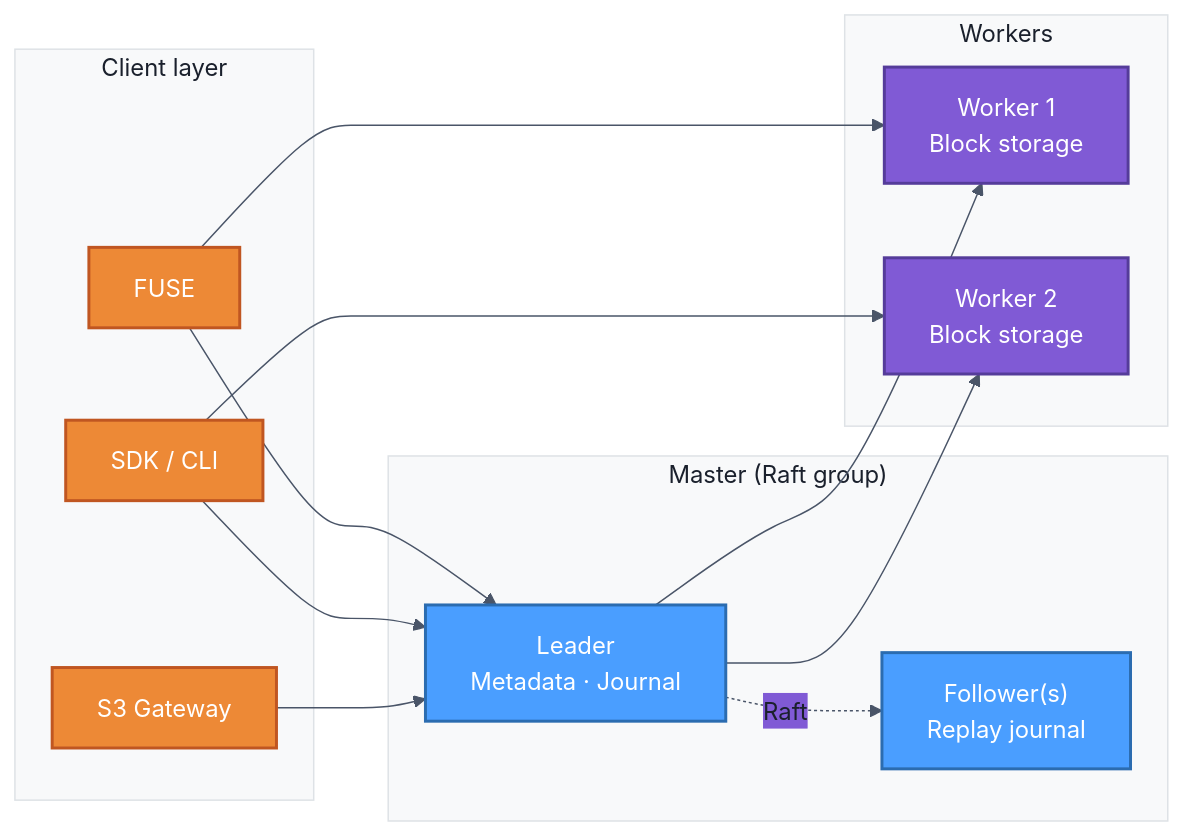
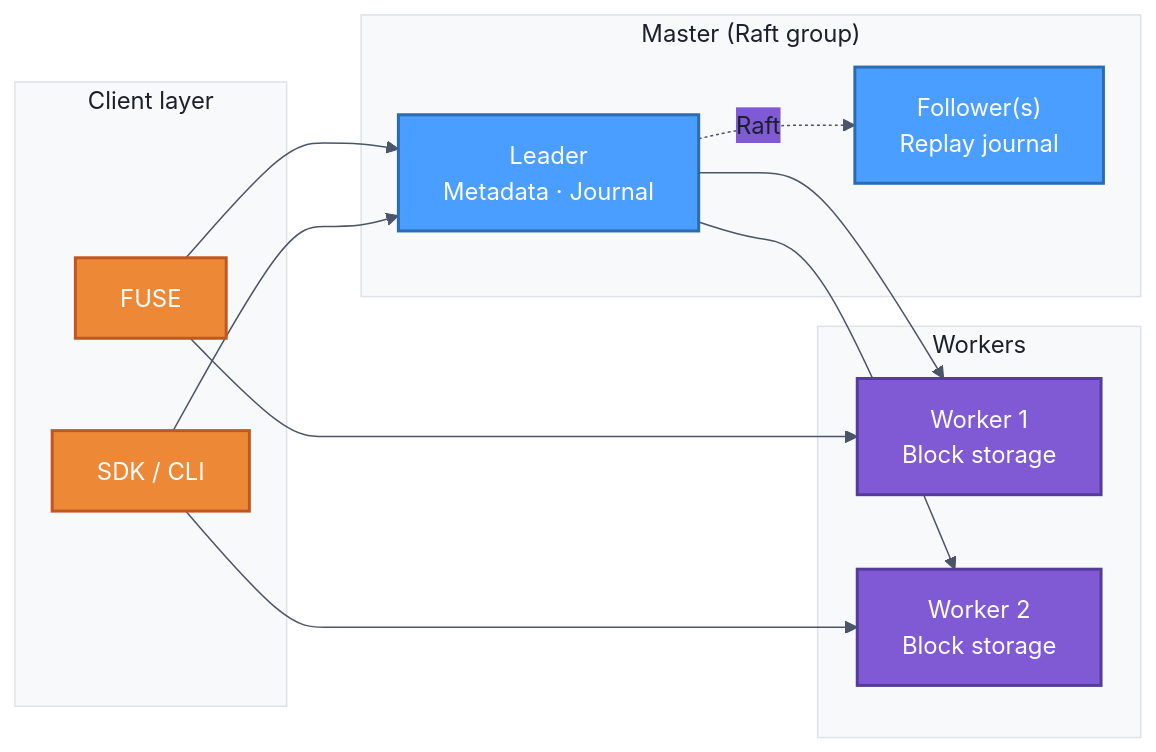
The diagram in docs/5-Architecture/01-introduction.md (CurvineIO/curvine-doc), drawn with Mermaid before and after one commit. The commit also changed other lines of this file and 5 other files, not shown here.

First line of the commit message:
docs(architecture): remove stale S3 gateway references

````diff
--- a/docs/5-Architecture/01-introduction.md
+++ b/docs/5-Architecture/01-introduction.md
@@ -13,35 +13,33 @@
 ```mermaid
 %%{init: {'theme': 'base', 'themeVariables': { 'background': '#ffffff', 'primaryColor': '#4a9eff', 'primaryTextColor': '#1a202c', 'primaryBorderColor': '#3182ce', 'lineColor': '#4a5568', 'secondaryColor': '#805ad5', 'tertiaryColor': '#38a169', 'mainBkg': '#ffffff', 'nodeBorder': '#4a5568', 'clusterBkg': '#f8f9fa', 'clusterBorder': '#dee2e6', 'titleColor': '#1a202c'}}}%%
 flowchart LR
     subgraph Client_Layer["Client layer"]
         FUSE[FUSE]
         SDK["SDK / CLI"]
-        S3["S3 Gateway"]
     end
 
     subgraph Master_Layer["Master (Raft group)"]
         Leader["Leader<br/>Metadata · Journal"]
         Follower["Follower(s)<br/>Replay journal"]
         Leader -. Raft .-> Follower
     end
 
     subgraph Worker_Layer["Workers"]
         W1["Worker 1<br/>Block storage"]
         W2["Worker 2<br/>Block storage"]
     end
 
     FUSE --> Leader
     SDK --> Leader
-    S3 --> Leader
     FUSE --> W1
     SDK --> W2
     Leader --> W1
     Leader --> W2
 
     classDef appStyle fill:#ed8936,stroke:#c05621,color:#fff,stroke-width:2px
     classDef masterStyle fill:#4a9eff,stroke:#2b6cb0,color:#fff,stroke-width:2px
     classDef workerStyle fill:#805ad5,stroke:#553c9a,color:#fff,stroke-width:2px
-    class FUSE,SDK,S3 appStyle
+    class FUSE,SDK appStyle
     class Leader,Follower masterStyle
     class W1,W2 workerStyle
 ```
````
